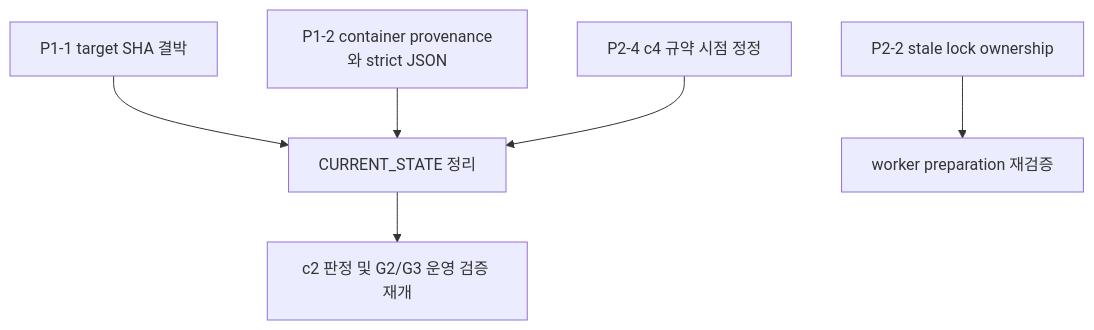
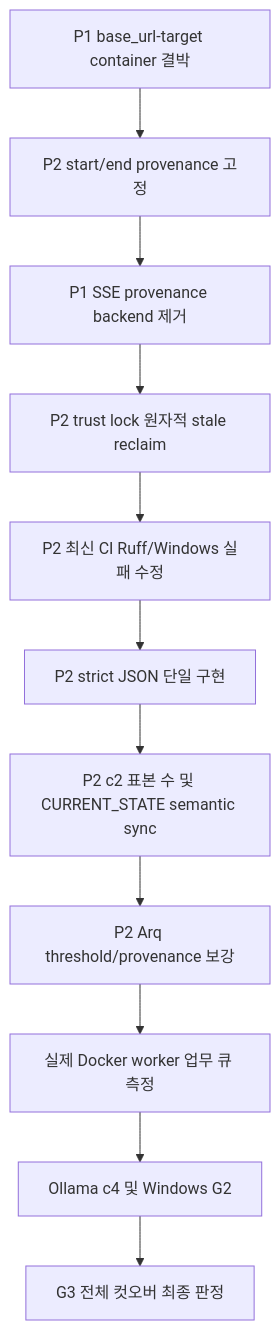
The diagram in docs/handoff/2026-08-22_post_1a45ad5_audit.md (kwanbum217/refac_bid_box), drawn with Mermaid before and after one commit. The commit also changed other lines of this file, not shown here.

````diff
--- a/docs/handoff/2026-08-22_post_1a45ad5_audit.md
+++ b/docs/handoff/2026-08-22_post_1a45ad5_audit.md
@@ -37,8 +53,13 @@
 ```mermaid
 flowchart TD
-    A[P1-1 target SHA 결박] --> C[CURRENT_STATE 정리]
-    B[P1-2 container provenance와 strict JSON] --> C
-    D[P2-2 stale lock ownership] --> E[worker preparation 재검증]
-    F[P2-4 c4 규약 시점 정정] --> C
-    C --> G[c2 판정 및 G2/G3 운영 검증 재개]
+    A[P1 base_url-target container 결박] --> B[P2 start/end provenance 고정]
+    B --> C[P1 SSE provenance backend 제거]
+    C --> D[P2 trust lock 원자적 stale reclaim]
+    D --> E[P2 최신 CI Ruff/Windows 실패 수정]
+    E --> F[P2 strict JSON 단일 구현]
+    F --> G[P2 c2 표본 수 및 CURRENT_STATE semantic sync]
+    G --> H[P2 Arq threshold/provenance 보강]
+    H --> I[실제 Docker worker 업무 큐 측정]
+    I --> J[Ollama c4 및 Windows G2]
+    J --> K[G3 전체 컷오버 최종 판정]
 ```
````
